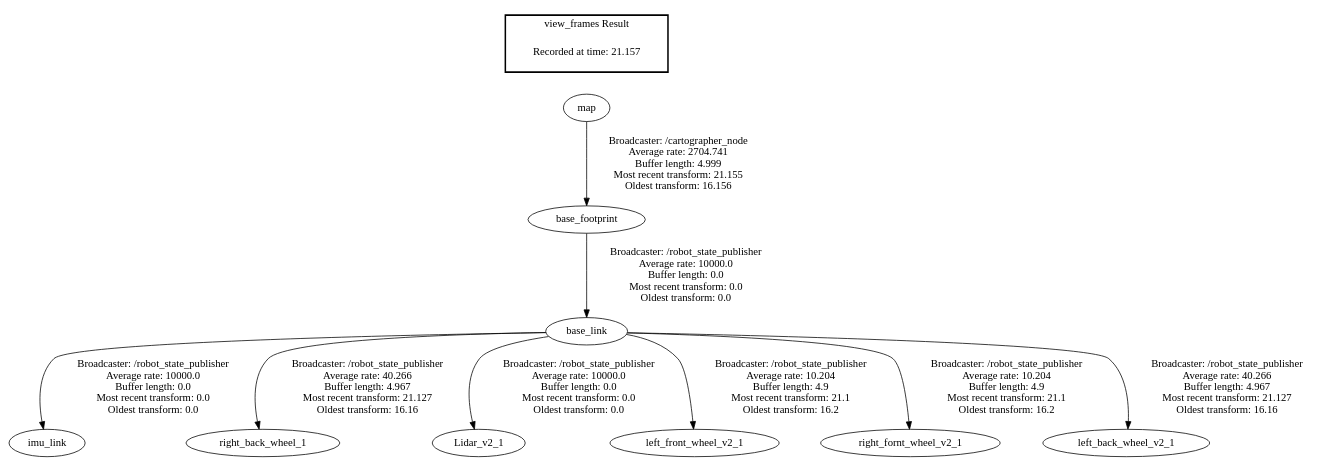
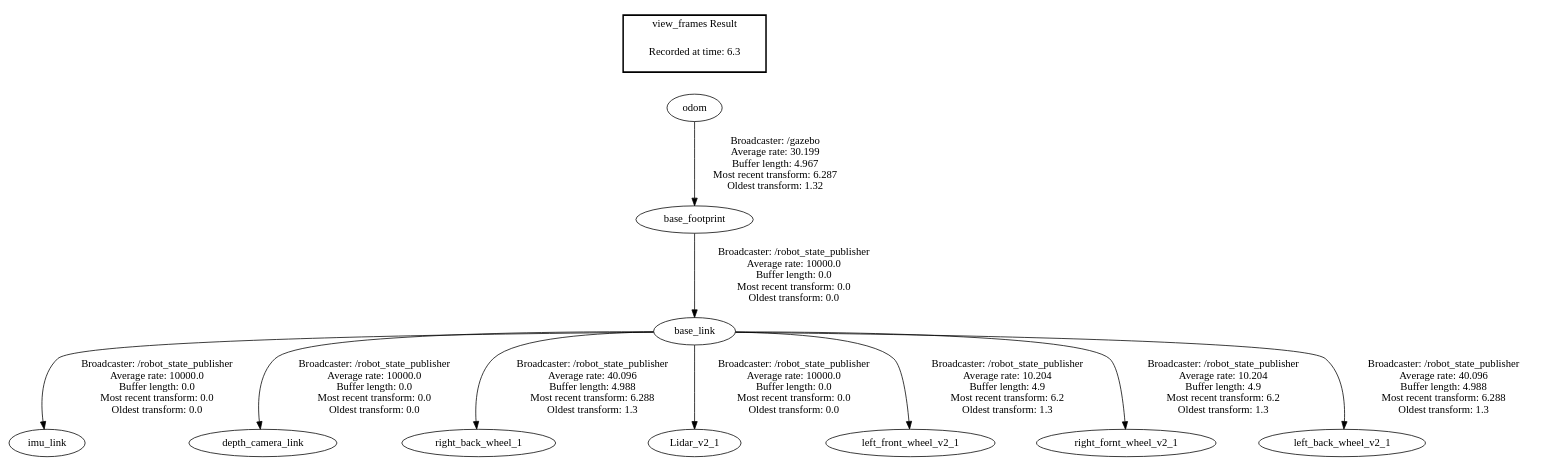
Before and after one commit to earthtennison/robocup-navigation: the diagram in non_ws/src/robokrub-base-v3_description/frames.gv, drawn with Graphviz. The commit also changed 7 other files, not shown here.

```diff
--- a/non_ws/src/robokrub-base-v3_description/frames.gv
+++ b/non_ws/src/robokrub-base-v3_description/frames.gv
@@ -1,14 +1,15 @@
 digraph G {
+"base_footprint" -> "base_link"[label=" Broadcaster: /robot_state_publisher\nAverage rate: 10000.0\nBuffer length: 0.0\nMost recent transform: 0.0\nOldest transform: 0.0\n"];
 "base_link" -> "imu_link"[label=" Broadcaster: /robot_state_publisher\nAverage rate: 10000.0\nBuffer length: 0.0\nMost recent transform: 0.0\nOldest transform: 0.0\n"];
-"base_footprint" -> "base_link"[label=" Broadcaster: /robot_state_publisher\nAverage rate: 10000.0\nBuffer length: 0.0\nMost recent transform: 0.0\nOldest transform: 0.0\n"];
-"base_link" -> "right_back_wheel_1"[label=" Broadcaster: /robot_state_publisher\nAverage rate: 40.266\nBuffer length: 4.967\nMost recent transform: 21.127\nOldest transform: 16.16\n"];
+"base_link" -> "depth_camera_link"[label=" Broadcaster: /robot_state_publisher\nAverage rate: 10000.0\nBuffer length: 0.0\nMost recent transform: 0.0\nOldest transform: 0.0\n"];
+"base_link" -> "right_back_wheel_1"[label=" Broadcaster: /robot_state_publisher\nAverage rate: 40.096\nBuffer length: 4.988\nMost recent transform: 6.288\nOldest transform: 1.3\n"];
 "base_link" -> "Lidar_v2_1"[label=" Broadcaster: /robot_state_publisher\nAverage rate: 10000.0\nBuffer length: 0.0\nMost recent transform: 0.0\nOldest transform: 0.0\n"];
-"base_link" -> "left_front_wheel_v2_1"[label=" Broadcaster: /robot_state_publisher\nAverage rate: 10.204\nBuffer length: 4.9\nMost recent transform: 21.1\nOldest transform: 16.2\n"];
-"base_link" -> "right_fornt_wheel_v2_1"[label=" Broadcaster: /robot_state_publisher\nAverage rate: 10.204\nBuffer length: 4.9\nMost recent transform: 21.1\nOldest transform: 16.2\n"];
-"map" -> "base_footprint"[label=" Broadcaster: /cartographer_node\nAverage rate: 2704.741\nBuffer length: 4.999\nMost recent transform: 21.155\nOldest transform: 16.156\n"];
-"base_link" -> "left_back_wheel_v2_1"[label=" Broadcaster: /robot_state_publisher\nAverage rate: 40.266\nBuffer length: 4.967\nMost recent transform: 21.127\nOldest transform: 16.16\n"];
+"base_link" -> "left_front_wheel_v2_1"[label=" Broadcaster: /robot_state_publisher\nAverage rate: 10.204\nBuffer length: 4.9\nMost recent transform: 6.2\nOldest transform: 1.3\n"];
+"base_link" -> "right_fornt_wheel_v2_1"[label=" Broadcaster: /robot_state_publisher\nAverage rate: 10.204\nBuffer length: 4.9\nMost recent transform: 6.2\nOldest transform: 1.3\n"];
+"odom" -> "base_footprint"[label=" Broadcaster: /gazebo\nAverage rate: 30.199\nBuffer length: 4.967\nMost recent transform: 6.287\nOldest transform: 1.32\n"];
+"base_link" -> "left_back_wheel_v2_1"[label=" Broadcaster: /robot_state_publisher\nAverage rate: 40.096\nBuffer length: 4.988\nMost recent transform: 6.288\nOldest transform: 1.3\n"];
 edge [style=invis];
  subgraph cluster_legend { style=bold; color=black; label ="view_frames Result";
-"Recorded at time: 21.157"[ shape=plaintext ] ;
-}->"map";
+"Recorded at time: 6.3"[ shape=plaintext ] ;
+}->"odom";
 }
```
